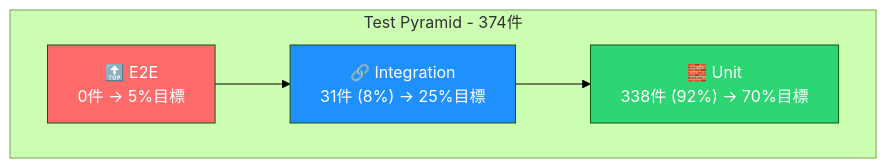
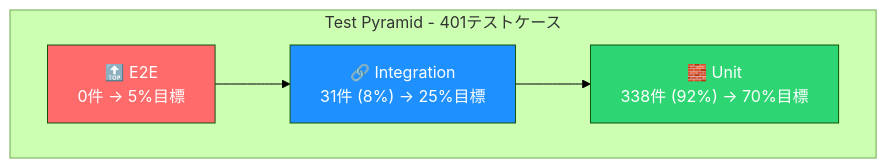
Before and after one commit to yaoki-dev/api-test-devops-portfolio: the second of 2 diagrams in README.md, drawn with Mermaid (forest theme). The commit also changed other lines of this file and 7 other files, not shown here.

````diff
--- a/README.md
+++ b/README.md
@@ -268,13 +268,13 @@
 ```mermaid
 graph TB
-    subgraph "Test Pyramid - 374件"
+    subgraph "Test Pyramid - 401テストケース"
         E2E["🔝 E2E<br/>0件 → 5%目標"]
         Integration["🔗 Integration<br/>31件 (8%) → 25%目標"]
         Unit["🧱 Unit<br/>338件 (92%) → 70%目標"]
     end
     E2E --> Integration --> Unit
 
     style E2E fill:#ff6b6b,color:#fff
     style Integration fill:#1e90ff,color:#fff
     style Unit fill:#2ed573,color:#fff
 ```
````
